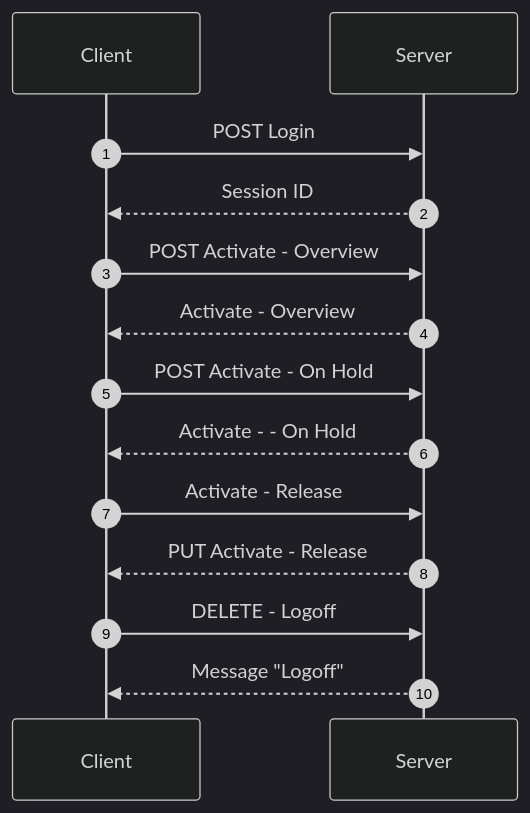
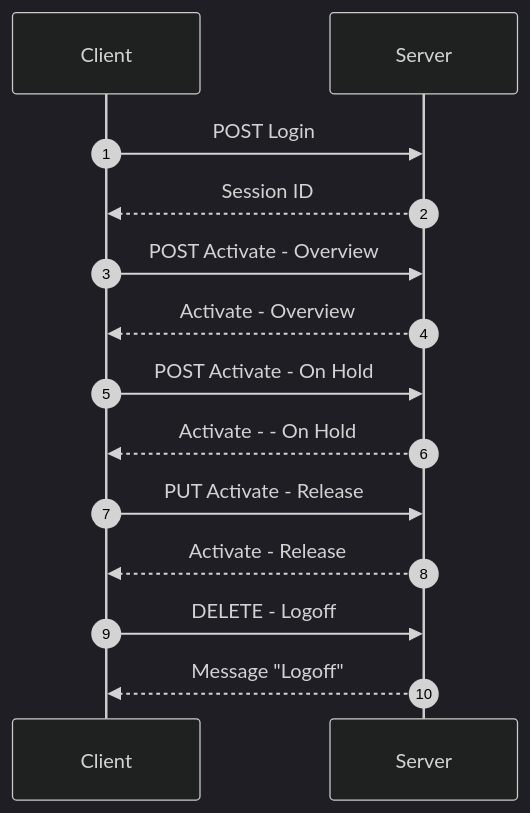
Before and after one commit to peterleimbach/ESM-Demo-AK-Q4-2025: the first of 2 diagrams in README.md, drawn with Mermaid (dark theme).

Commit message:
Fix order of Activate - Release messages in README

````diff
--- a/README.md
+++ b/README.md
@@ -3,17 +3,17 @@
 ```mermaid
 sequenceDiagram
     autonumber
     participant Client
     participant Server
 
     Client ->> Server: POST Login
     Server -->> Client: Session ID
     Client ->> Server: POST Activate - Overview
     Server -->> Client: Activate - Overview
     Client ->> Server: POST Activate - On Hold
     Server -->> Client: Activate - - On Hold
-    Client ->> Server: Activate - Release
-    Server -->> Client: PUT Activate - Release
+    Client ->> Server: PUT Activate - Release
+    Server -->> Client: Activate - Release
     Client ->> Server: DELETE - Logoff
     Server -->> Client: Message "Logoff"
 ```
````
